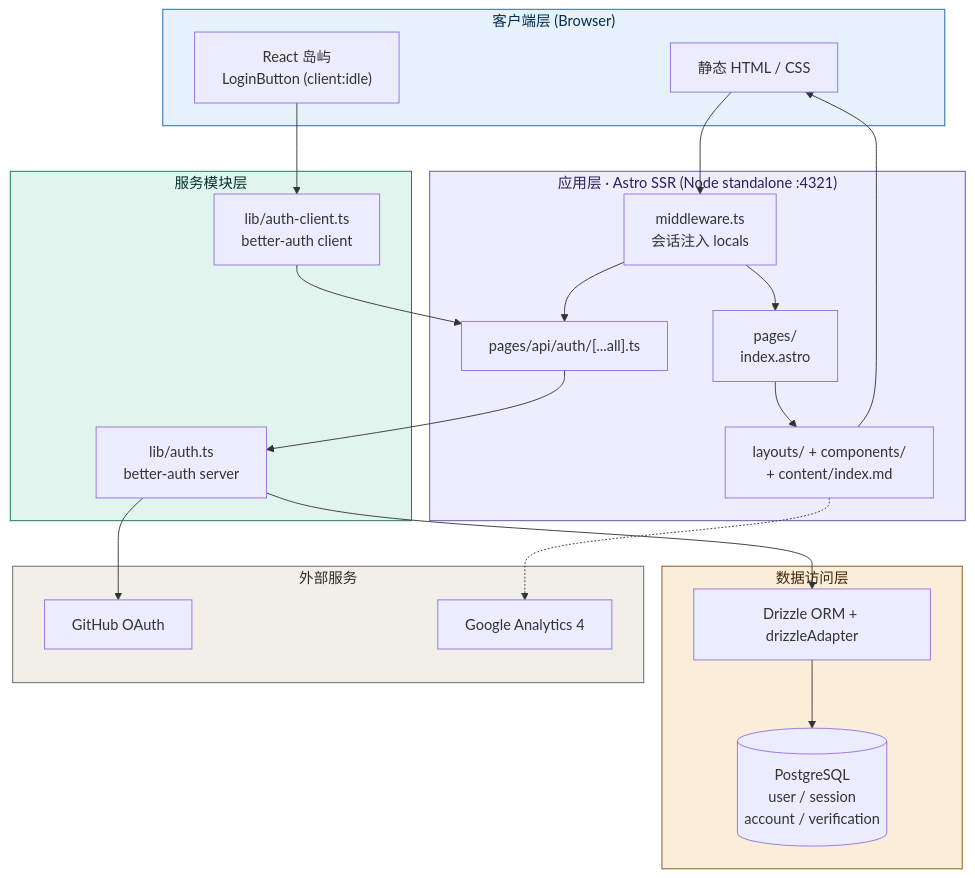
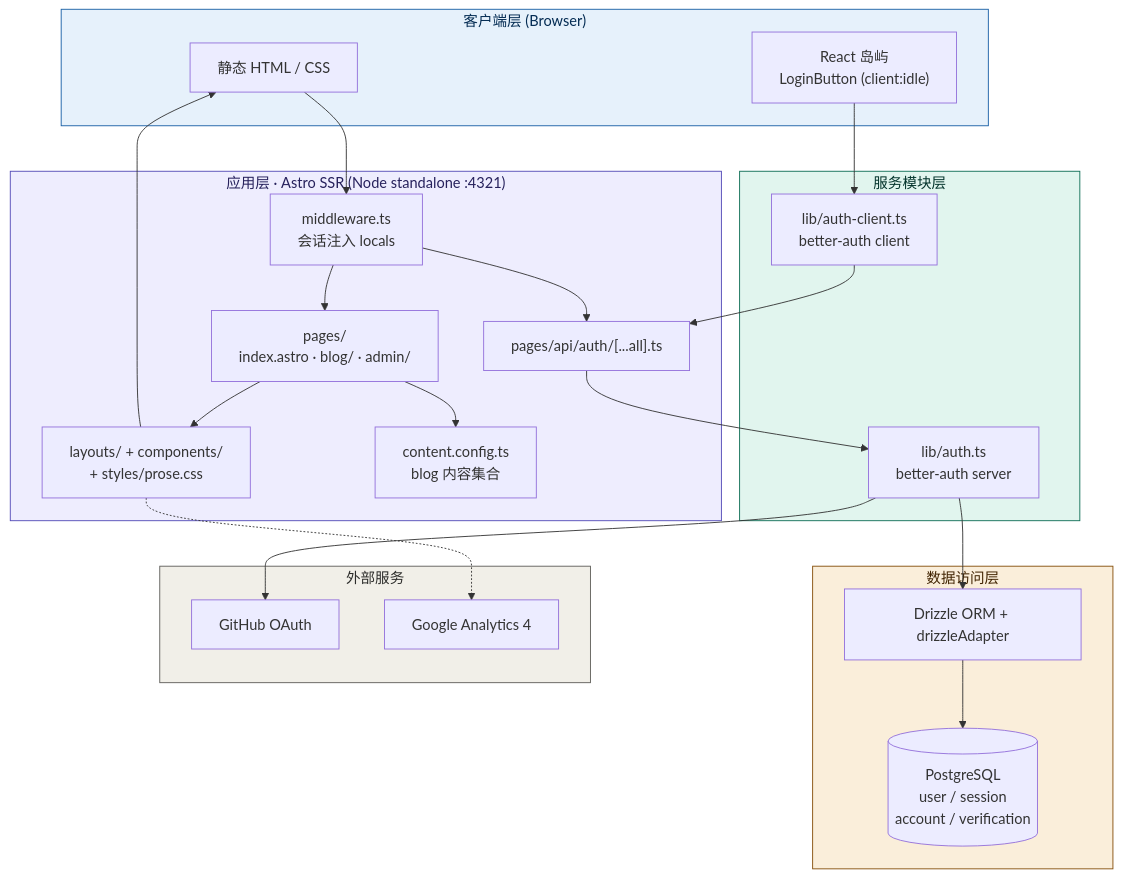
The first of 5 diagrams in docs/ARCHITECTURE.md (yxrhub/yxrhub.com), drawn with Mermaid before and after one commit. The commit also changed other lines of this file and 21 other files, not shown here.

````diff
--- a/docs/ARCHITECTURE.md
+++ b/docs/ARCHITECTURE.md
@@ -107,48 +114,50 @@
 ```mermaid
 graph TB
     subgraph CLIENT["客户端层 (Browser)"]
         C1["静态 HTML / CSS"]
         C2["React 岛屿<br/>LoginButton (client:idle)"]
     end
 
     subgraph RUNTIME["应用层 · Astro SSR (Node standalone :4321)"]
         MW["middleware.ts<br/>会话注入 locals"]
-        PAGES["pages/<br/>index.astro"]
+        PAGES["pages/<br/>index.astro · blog/ · admin/"]
         API["pages/api/auth/[...all].ts"]
-        VIEW["layouts/ + components/<br/>+ content/index.md"]
+        VIEW["layouts/ + components/<br/>+ styles/prose.css"]
+        COLLECT["content.config.ts<br/>blog 内容集合"]
     end
 
     subgraph SERVICE["服务模块层"]
         AS["lib/auth.ts<br/>better-auth server"]
         AC["lib/auth-client.ts<br/>better-auth client"]
     end
 
     subgraph DATA["数据访问层"]
         ORM["Drizzle ORM + drizzleAdapter"]
         PG[("PostgreSQL<br/>user / session<br/>account / verification")]
     end
 
     subgraph EXT["外部服务"]
         GH["GitHub OAuth"]
         GA["Google Analytics 4"]
     end
 
     C1 --> MW
     C2 --> AC
     AC --> API
     MW --> PAGES
     MW --> API
     PAGES --> VIEW
+    PAGES --> COLLECT
     VIEW --> C1
     API --> AS
     AS --> ORM
     ORM --> PG
     AS --> GH
     VIEW -.-> GA
 
     style CLIENT fill:#E6F1FB,stroke:#185FA5,color:#042C53
     style RUNTIME fill:#EEEDFE,stroke:#534AB7,color:#26215C
     style SERVICE fill:#E1F5EE,stroke:#0F6E56,color:#04342C
     style DATA fill:#FAEEDA,stroke:#854F0B,color:#412402
     style EXT fill:#F1EFE8,stroke:#5F5E5A,color:#2C2C2A
 ```
````
